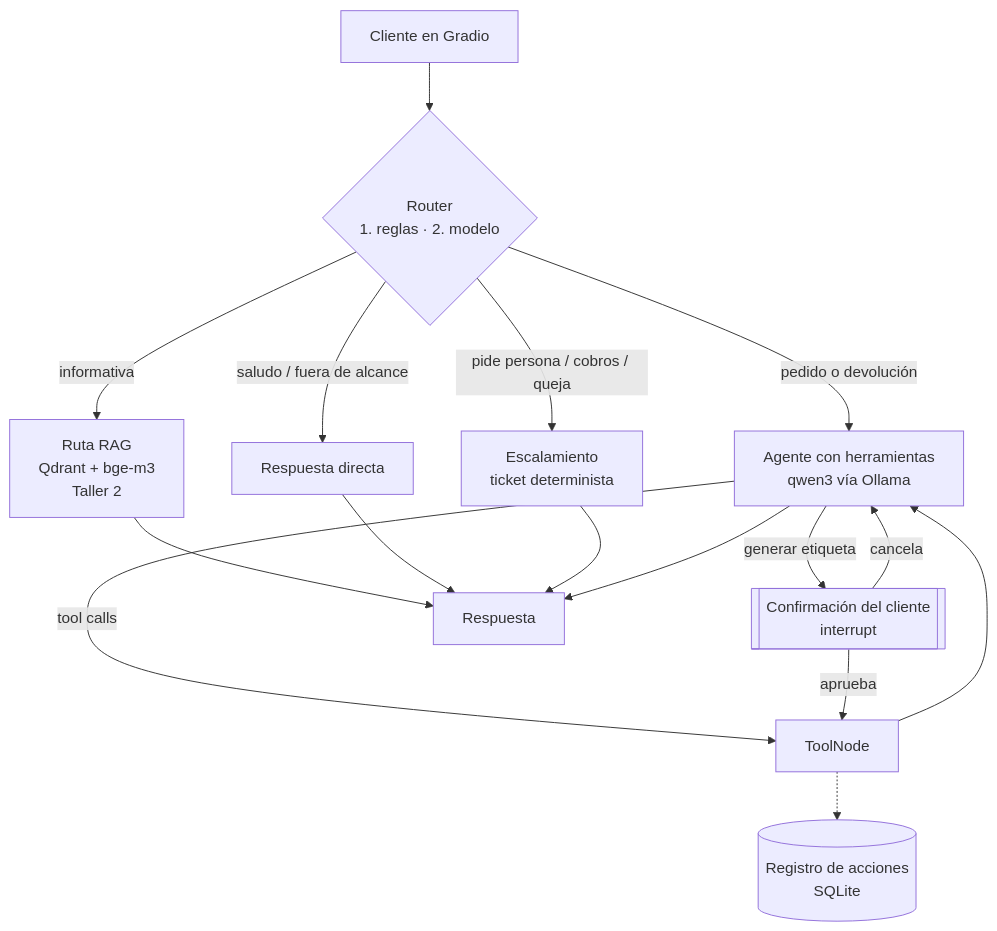
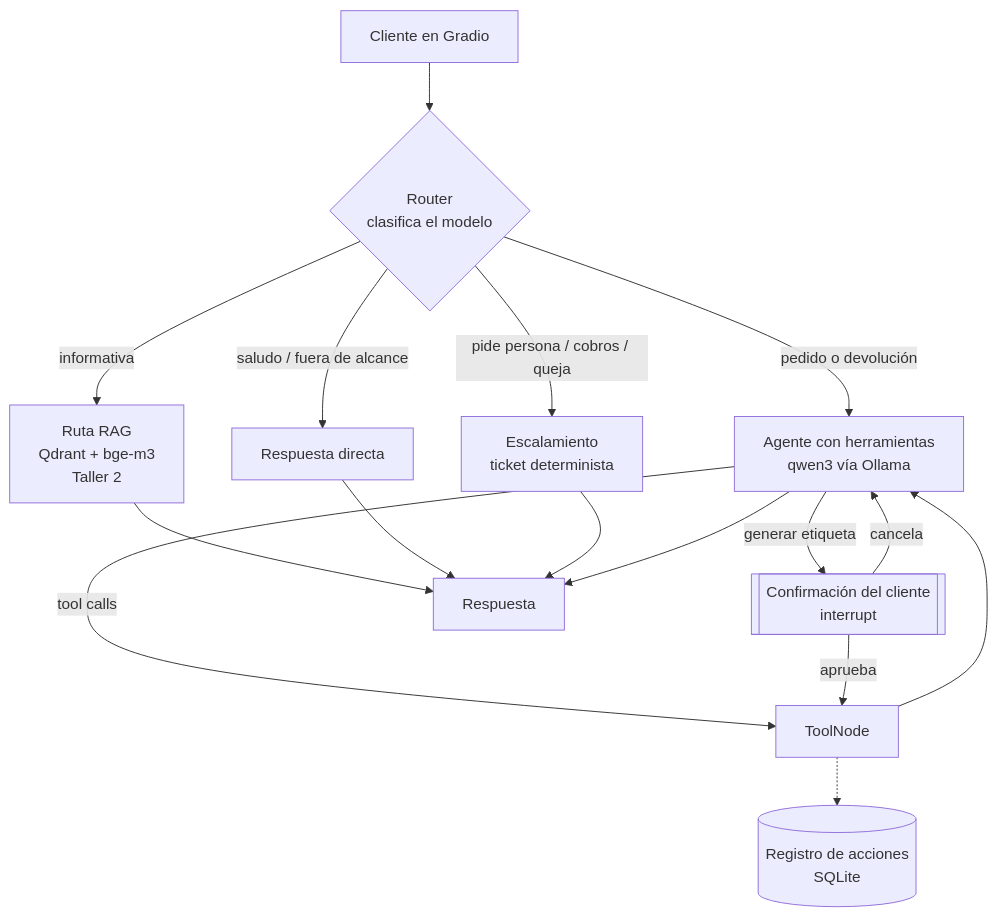
The first of 3 diagrams in docs/fase1_arquitectura.md (sam2800ml/IAG-EcoMarket-3), drawn with Mermaid before and after one commit. The commit also changed other lines of this file and 8 other files, not shown here.

````diff
--- a/docs/fase1_arquitectura.md
+++ b/docs/fase1_arquitectura.md
@@ -20,18 +20,18 @@
 ```mermaid
 flowchart TD
-    U[Cliente en Gradio] --> R{Router<br/>1. reglas · 2. modelo}
+    U[Cliente en Gradio] --> R{Router<br/>clasifica el modelo}
     R -->|informativa| RAG[Ruta RAG<br/>Qdrant + bge-m3<br/>Taller 2]
     R -->|saludo / fuera de alcance| D[Respuesta directa]
     R -->|pide persona / cobros / queja| E[Escalamiento<br/>ticket determinista]
     R -->|pedido o devolución| A[Agente con herramientas<br/>qwen3 vía Ollama]
     A -->|tool calls| T[ToolNode]
     T --> A
     A -->|generar etiqueta| C[[Confirmación del cliente<br/>interrupt]]
     C -->|aprueba| T
     C -->|cancela| A
     T -.-> L[(Registro de acciones<br/>SQLite)]
     RAG --> F[Respuesta]
     D --> F
     E --> F
     A --> F
 ```
````
